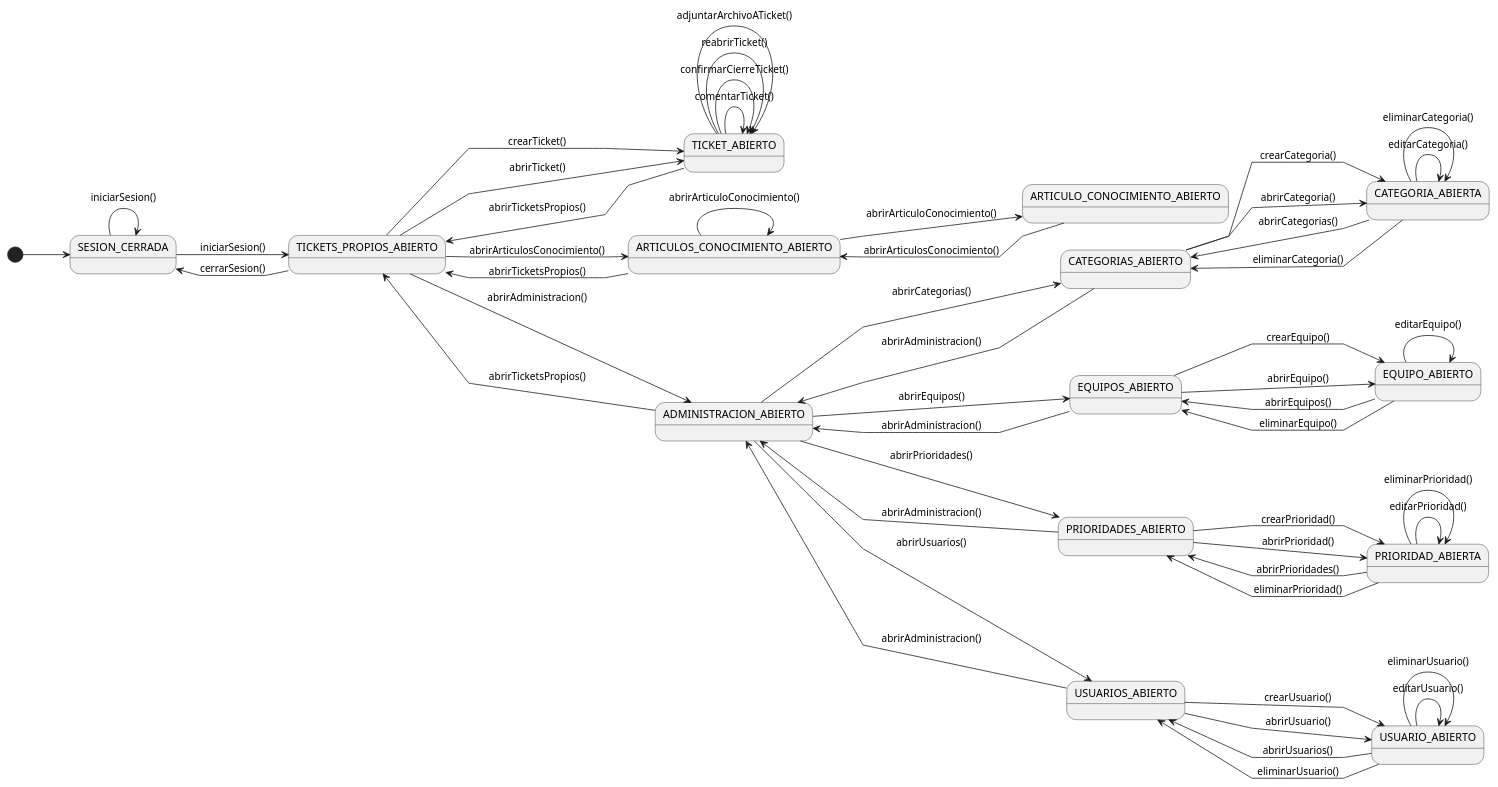
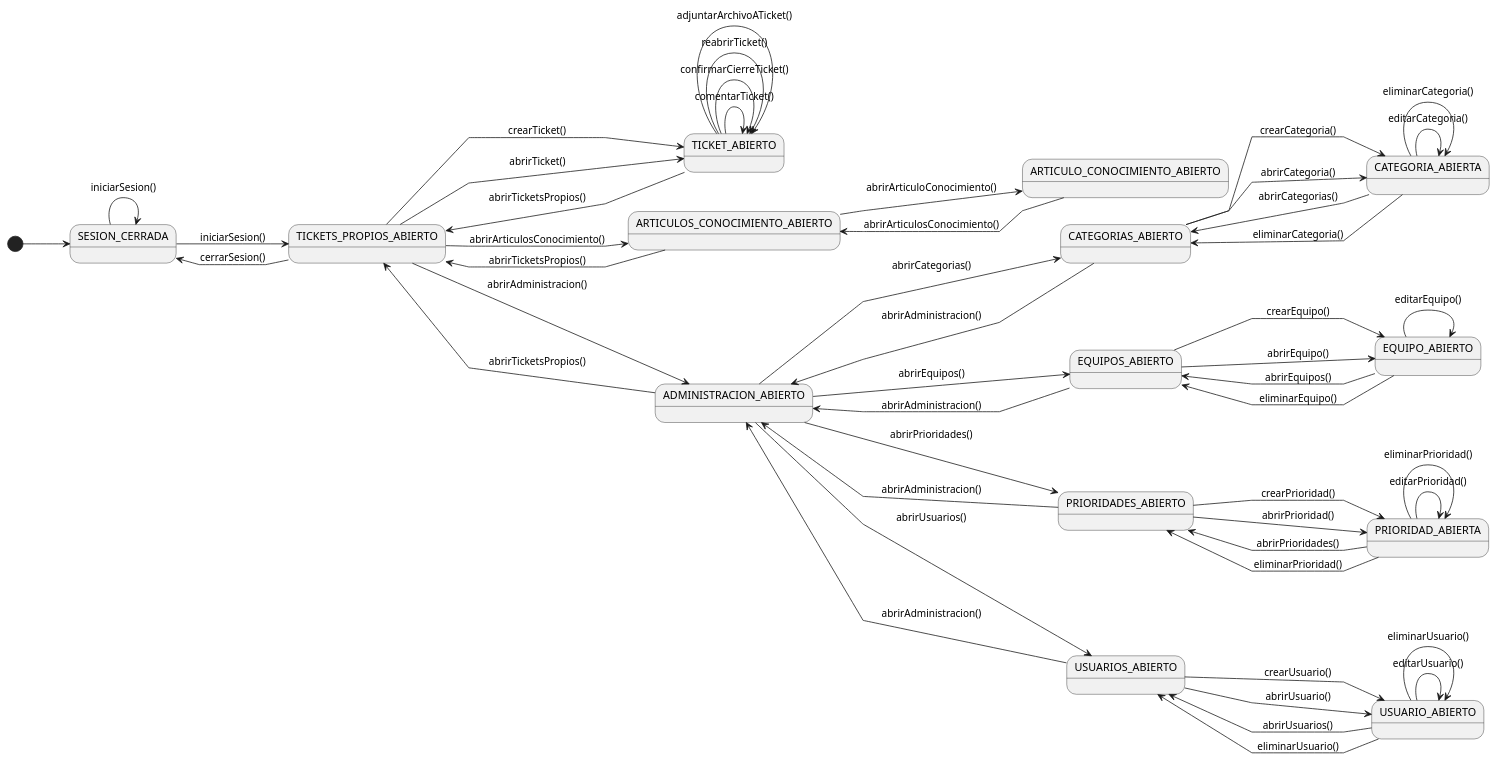
Before and after one commit to Dievex/01-HelpDesk: the diagram in puml/01-fase-inicio/diagramas-contexto/actor-administrador.puml, drawn with PlantUML. The commit also changed 5 other files, not shown here.

```diff
--- a/puml/01-fase-inicio/diagramas-contexto/actor-administrador.puml
+++ b/puml/01-fase-inicio/diagramas-contexto/actor-administrador.puml
@@ -1,97 +1,98 @@
 @startuml diagramaContextoAdministrador
 
 left to right direction
 skinparam linetype polyline
 
 state SESION_CERRADA
 state TICKETS_PROPIOS_ABIERTO
 state TICKET_ABIERTO
 state ARTICULOS_CONOCIMIENTO_ABIERTO
 state ARTICULO_CONOCIMIENTO_ABIERTO
 state ADMINISTRACION_ABIERTO
 state CATEGORIAS_ABIERTO
 state CATEGORIA_ABIERTA
 state EQUIPOS_ABIERTO
 state EQUIPO_ABIERTO
 state PRIORIDADES_ABIERTO
 state PRIORIDAD_ABIERTA
 state USUARIOS_ABIERTO
 state USUARIO_ABIERTO
 
 [*] --> SESION_CERRADA
 
 ' Administrador hereda de Solicitante directamente (no de Agente/Supervisor --
 ' ver generalización en el Modelo de Casos de Uso), así que aquí no hay Cola de
 ' Tickets ni Dashboard, solo lo que ya tenía Solicitante más su propia configuración
 SESION_CERRADA --> TICKETS_PROPIOS_ABIERTO : iniciarSesion()
 SESION_CERRADA --> SESION_CERRADA : iniciarSesion()
 TICKETS_PROPIOS_ABIERTO --> SESION_CERRADA : cerrarSesion()
 
 TICKETS_PROPIOS_ABIERTO --> TICKET_ABIERTO : crearTicket()
 TICKETS_PROPIOS_ABIERTO --> TICKET_ABIERTO : abrirTicket()
 TICKET_ABIERTO --> TICKETS_PROPIOS_ABIERTO : abrirTicketsPropios()
 
 TICKET_ABIERTO --> TICKET_ABIERTO : comentarTicket()
 TICKET_ABIERTO --> TICKET_ABIERTO : confirmarCierreTicket()
 TICKET_ABIERTO --> TICKET_ABIERTO : reabrirTicket()
 TICKET_ABIERTO --> TICKET_ABIERTO : adjuntarArchivoATicket()
 
 TICKETS_PROPIOS_ABIERTO --> ARTICULOS_CONOCIMIENTO_ABIERTO : abrirArticulosConocimiento()
 ARTICULOS_CONOCIMIENTO_ABIERTO --> TICKETS_PROPIOS_ABIERTO : abrirTicketsPropios()
+' A diferencia de Solicitante, aquí no hay self-loop de "visibilidad denegada":
+' el Administrador ve artículos Público e Interno, el FA-1 de UC-09 no le aplica
 ARTICULOS_CONOCIMIENTO_ABIERTO --> ARTICULO_CONOCIMIENTO_ABIERTO : abrirArticuloConocimiento()
-ARTICULOS_CONOCIMIENTO_ABIERTO --> ARTICULOS_CONOCIMIENTO_ABIERTO : abrirArticuloConocimiento()
 ARTICULO_CONOCIMIENTO_ABIERTO --> ARTICULOS_CONOCIMIENTO_ABIERTO : abrirArticulosConocimiento()
 
 ' -- lo que agrega Administrador del Sistema --
 
 ' Un menú "Administración" agrupa los 4 CRUD de configuración -- a diferencia de
 ' Guía/Referencias/Ponderaciones (dos recursos colgando directo del padre), aquí
 ' son cuatro, así que un estado intermedio evita saturar TICKETS_PROPIOS_ABIERTO
 ' de aristas de entrada/salida
 TICKETS_PROPIOS_ABIERTO --> ADMINISTRACION_ABIERTO : abrirAdministracion()
 ADMINISTRACION_ABIERTO --> TICKETS_PROPIOS_ABIERTO : abrirTicketsPropios()
 
 ' Categoría (UC-21 a UC-25): Eliminar parte del detalle (paso 1 de UC-25 abre la
 ' Categoría antes de eliminar) y tiene flujo de bloqueo (FA-1, en uso) -- éxito
 ' vuelve al listado, bloqueada se queda en el detalle
 ADMINISTRACION_ABIERTO --> CATEGORIAS_ABIERTO : abrirCategorias()
 CATEGORIAS_ABIERTO --> ADMINISTRACION_ABIERTO : abrirAdministracion()
 CATEGORIAS_ABIERTO --> CATEGORIA_ABIERTA : crearCategoria()
 CATEGORIAS_ABIERTO --> CATEGORIA_ABIERTA : abrirCategoria()
 CATEGORIA_ABIERTA --> CATEGORIAS_ABIERTO : abrirCategorias()
 CATEGORIA_ABIERTA --> CATEGORIA_ABIERTA : editarCategoria()
 CATEGORIA_ABIERTA --> CATEGORIAS_ABIERTO : eliminarCategoria()
 CATEGORIA_ABIERTA --> CATEGORIA_ABIERTA : eliminarCategoria()
 
 ' Equipo (UC-26 a UC-30): mismo patrón, pero Eliminar Equipo no tiene flujo de
 ' bloqueo (la relación con Categoría/Agente es opcional) -- una sola arista, siempre al listado
 ADMINISTRACION_ABIERTO --> EQUIPOS_ABIERTO : abrirEquipos()
 EQUIPOS_ABIERTO --> ADMINISTRACION_ABIERTO : abrirAdministracion()
 EQUIPOS_ABIERTO --> EQUIPO_ABIERTO : crearEquipo()
 EQUIPOS_ABIERTO --> EQUIPO_ABIERTO : abrirEquipo()
 EQUIPO_ABIERTO --> EQUIPOS_ABIERTO : abrirEquipos()
 EQUIPO_ABIERTO --> EQUIPO_ABIERTO : editarEquipo()
 EQUIPO_ABIERTO --> EQUIPOS_ABIERTO : eliminarEquipo()
 
 ' Prioridad (UC-31 a UC-35): mismo patrón que Categoría, con flujo de bloqueo (en uso)
 ADMINISTRACION_ABIERTO --> PRIORIDADES_ABIERTO : abrirPrioridades()
 PRIORIDADES_ABIERTO --> ADMINISTRACION_ABIERTO : abrirAdministracion()
 PRIORIDADES_ABIERTO --> PRIORIDAD_ABIERTA : crearPrioridad()
 PRIORIDADES_ABIERTO --> PRIORIDAD_ABIERTA : abrirPrioridad()
 PRIORIDAD_ABIERTA --> PRIORIDADES_ABIERTO : abrirPrioridades()
 PRIORIDAD_ABIERTA --> PRIORIDAD_ABIERTA : editarPrioridad()
 PRIORIDAD_ABIERTA --> PRIORIDADES_ABIERTO : eliminarPrioridad()
 PRIORIDAD_ABIERTA --> PRIORIDAD_ABIERTA : eliminarPrioridad()
 
 ' Usuario (UC-36 a UC-40): mismo patrón que Categoría/Prioridad, con flujo de
 ' bloqueo (usuario con tickets asociados)
 ADMINISTRACION_ABIERTO --> USUARIOS_ABIERTO : abrirUsuarios()
 USUARIOS_ABIERTO --> ADMINISTRACION_ABIERTO : abrirAdministracion()
 USUARIOS_ABIERTO --> USUARIO_ABIERTO : crearUsuario()
 USUARIOS_ABIERTO --> USUARIO_ABIERTO : abrirUsuario()
 USUARIO_ABIERTO --> USUARIOS_ABIERTO : abrirUsuarios()
 USUARIO_ABIERTO --> USUARIO_ABIERTO : editarUsuario()
 USUARIO_ABIERTO --> USUARIOS_ABIERTO : eliminarUsuario()
 USUARIO_ABIERTO --> USUARIO_ABIERTO : eliminarUsuario()
 
 @enduml
```
